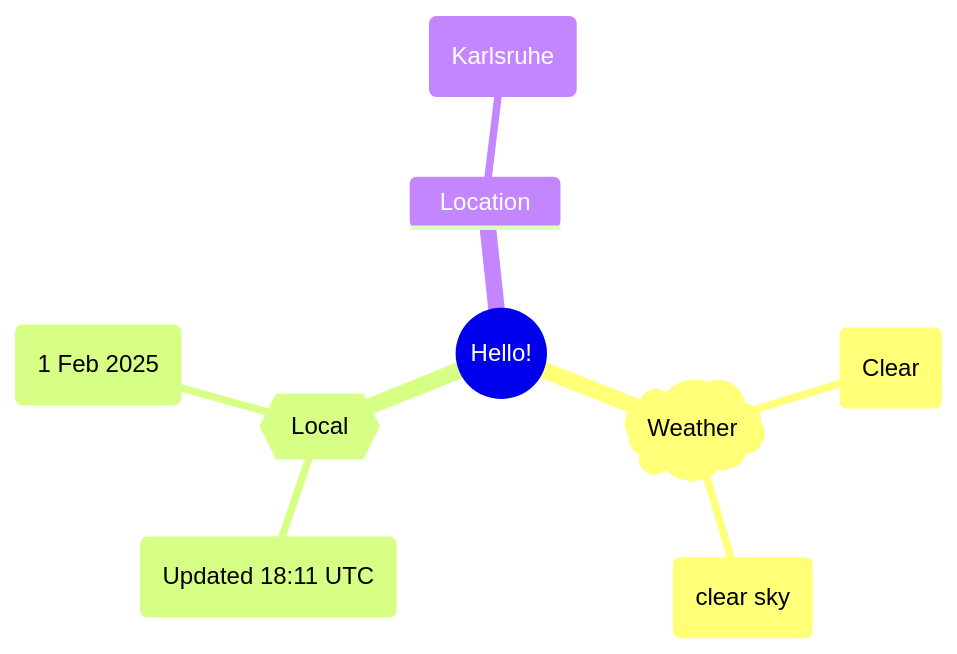
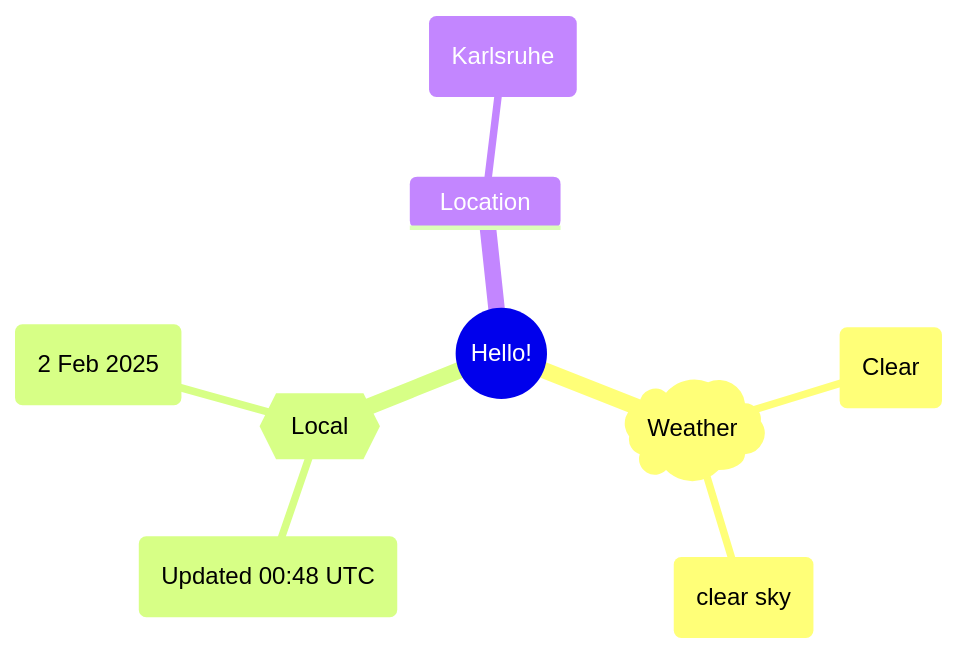
One commit to Xosrov/Xosrov changed the first of 2 diagrams in README.md. Above: the diagram before and after it, drawn with Mermaid.

Commit message:
[bot] updated images

````diff
--- a/README.md
+++ b/README.md
@@ -3,12 +3,12 @@
 ```mermaid
 mindmap
   root((Hello!))
     )Weather(
         (Clear)
         (clear sky)
     {{Local}}
-        (Updated 18:11 UTC)
-        (1 Feb 2025)
+        (Updated 00:48 UTC)
+        (2 Feb 2025)
     Location
         (Karlsruhe)
 ```
````
